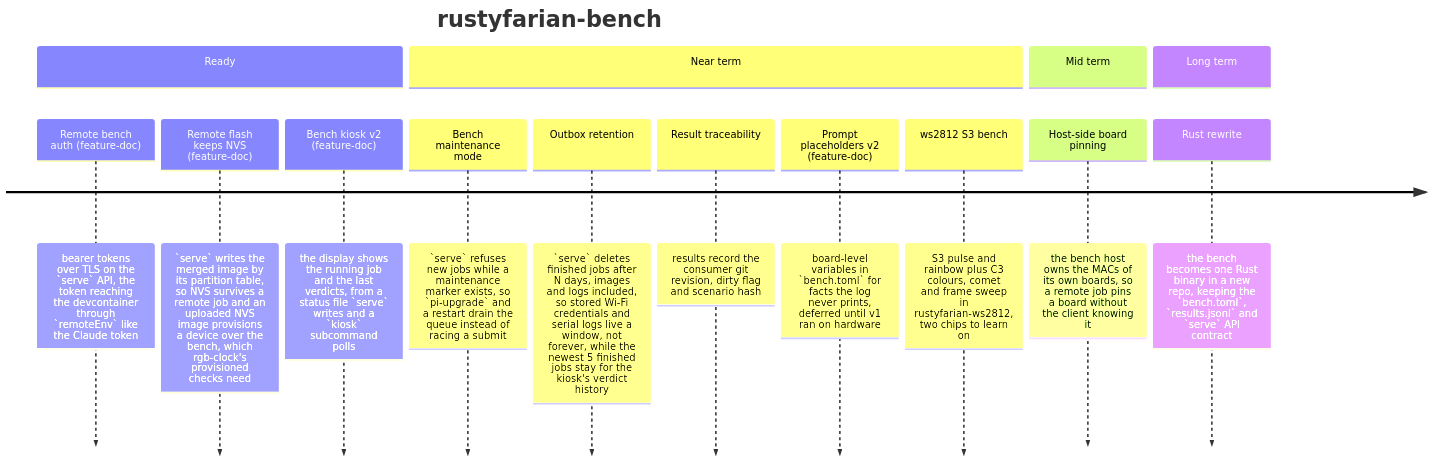
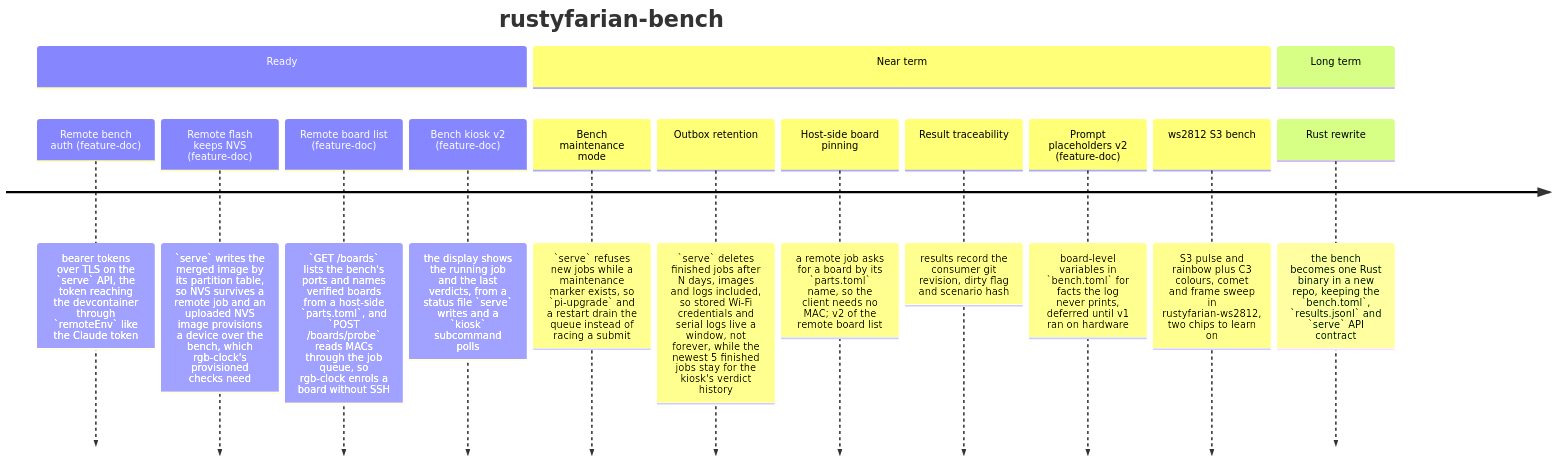
The diagram in docs/ROADMAP.md (datenkollektiv/rustyfarian-bench), drawn with Mermaid before and after one commit. The commit also changed 26 other files, not shown here.

Commit message:
Implement remote board list v1

````diff
--- a/docs/ROADMAP.md
+++ b/docs/ROADMAP.md
@@ -8,18 +8,18 @@
 ```mermaid
 timeline
     title rustyfarian-bench
     section Ready
         Remote bench auth (feature-doc) : bearer tokens over TLS on the `serve` API, the token reaching the devcontainer through `remoteEnv` like the Claude token
         Remote flash keeps NVS (feature-doc) : `serve` writes the merged image by its partition table, so NVS survives a remote job and an uploaded NVS image provisions a device over the bench, which rgb-clock's provisioned checks need
+        Remote board list (feature-doc) : `GET /boards` lists the bench's ports and names verified boards from a host-side `parts.toml`, and `POST /boards/probe` reads MACs through the job queue, so rgb-clock enrols a board without SSH
         Bench kiosk v2 (feature-doc) : the display shows the running job and the last verdicts, from a status file `serve` writes and a `kiosk` subcommand polls
     section Near term
         Bench maintenance mode : `serve` refuses new jobs while a maintenance marker exists, so `pi-upgrade` and a restart drain the queue instead of racing a submit
         Outbox retention : `serve` deletes finished jobs after N days, images and logs included, so stored Wi-Fi credentials and serial logs live a window, not forever, while the newest 5 finished jobs stay for the kiosk's verdict history
+        Host-side board pinning : a remote job asks for a board by its `parts.toml` name, so the client needs no MAC; v2 of the remote board list
         Result traceability : results record the consumer git revision, dirty flag and scenario hash
         Prompt placeholders v2 (feature-doc) : board-level variables in `bench.toml` for facts the log never prints, deferred until v1 ran on hardware
         ws2812 S3 bench : S3 pulse and rainbow plus C3 colours, comet and frame sweep in rustyfarian-ws2812, two chips to learn on
-    section Mid term
-        Host-side board pinning : the bench host owns the MACs of its own boards, so a remote job pins a board without the client knowing it
     section Long term
         Rust rewrite : the bench becomes one Rust binary in a new repo, keeping the `bench.toml`, `results.jsonl` and `serve` API contract
 ```
````
